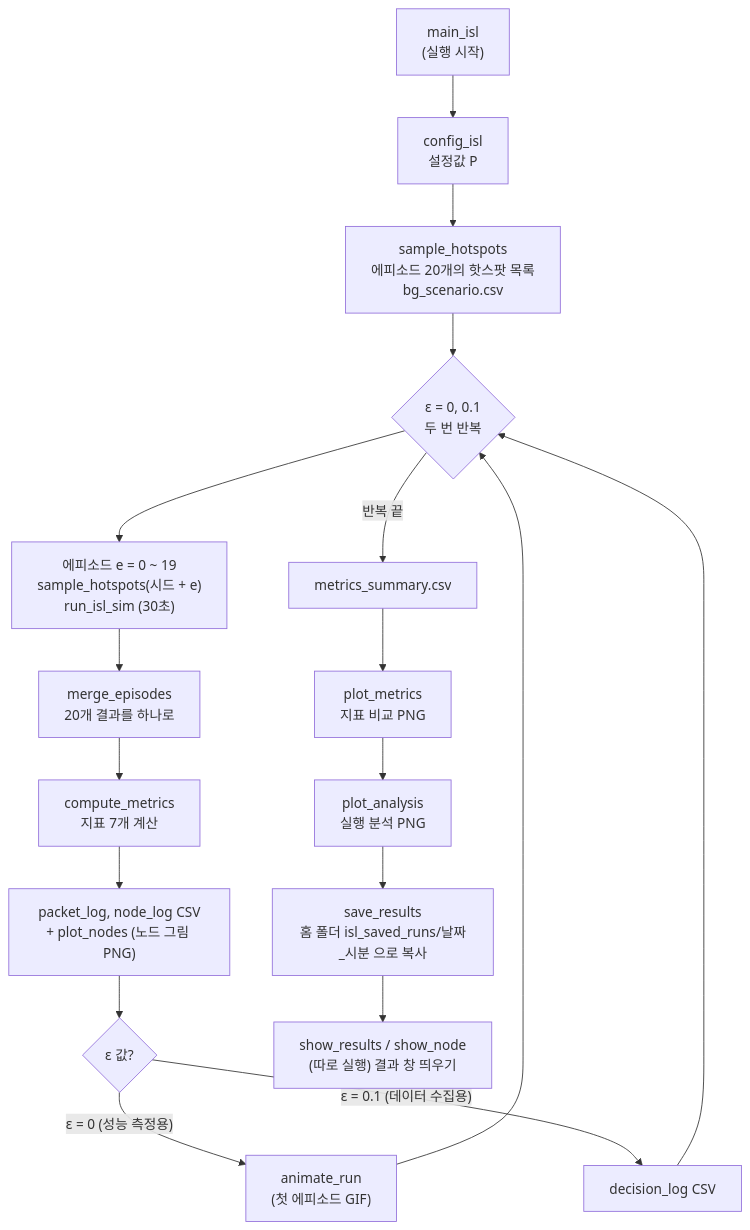
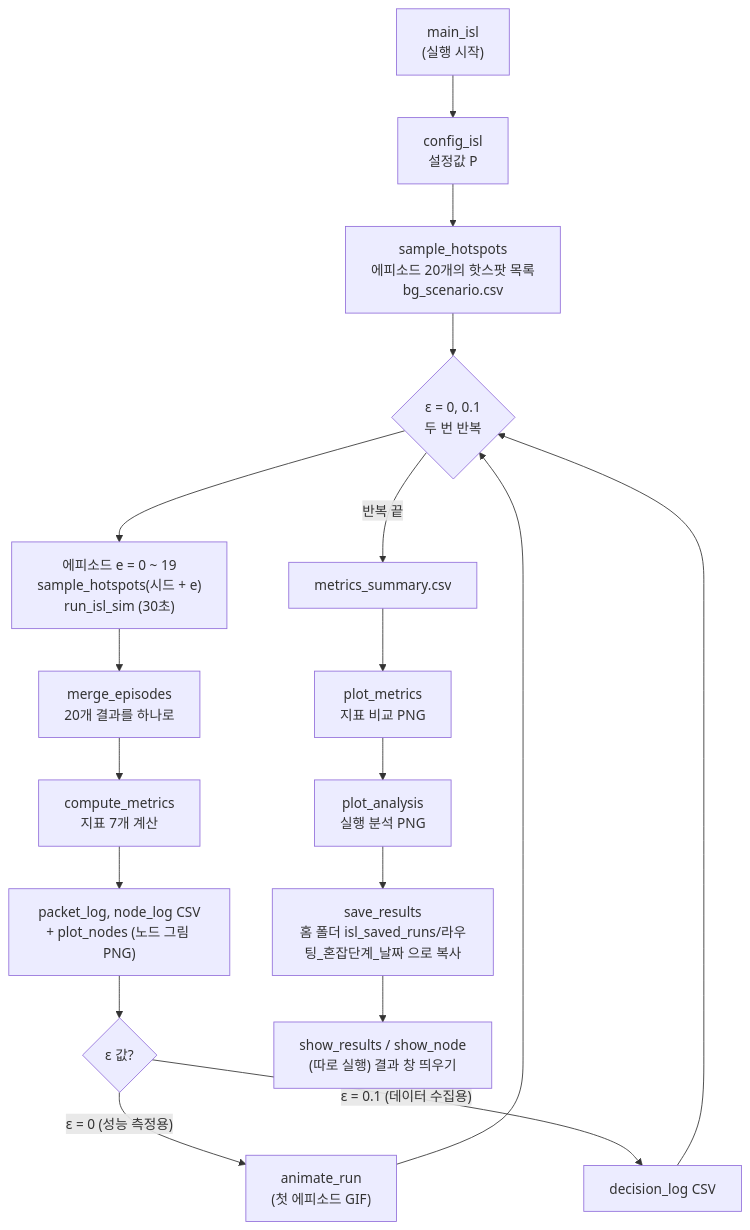
The first of 3 diagrams in flow.md (26-2-capstone2/26-2capstone2), drawn with Mermaid before and after one commit. The commit also changed other lines of this file and 43 other files, not shown here.

````diff
--- a/flow.md
+++ b/flow.md
@@ -11,20 +11,20 @@
 ```mermaid
 flowchart TD
     A["main_isl<br/>(실행 시작)"] --> B["config_isl<br/>설정값 P"]
     B --> S["sample_hotspots<br/>에피소드 20개의 핫스팟 목록<br/>bg_scenario.csv"]
     S --> C{"ε = 0, 0.1<br/>두 번 반복"}
     C --> E1["에피소드 e = 0 ~ 19<br/>sample_hotspots(시드 + e)<br/>run_isl_sim (30초)"]
     E1 --> MG["merge_episodes<br/>20개 결과를 하나로"]
     MG --> D["compute_metrics<br/>지표 7개 계산"]
     D --> N["packet_log, node_log CSV<br/>+ plot_nodes (노드 그림 PNG)"]
     N --> F{"ε 값?"}
     F -- "ε = 0 (성능 측정용)" --> G["animate_run<br/>(첫 에피소드 GIF)"]
     F -- "ε = 0.1 (데이터 수집용)" --> H["decision_log CSV"]
     G --> C
     H --> C
     C -- "반복 끝" --> I["metrics_summary.csv"]
     I --> J["plot_metrics<br/>지표 비교 PNG"]
     J --> K["plot_analysis<br/>실행 분석 PNG"]
-    K --> L["save_results<br/>홈 폴더 isl_saved_runs/날짜_시분 으로 복사"]
+    K --> L["save_results<br/>홈 폴더 isl_saved_runs/라우팅_혼잡단계_날짜 으로 복사"]
     L --> M["show_results / show_node<br/>(따로 실행) 결과 창 띄우기"]
 ```
````
